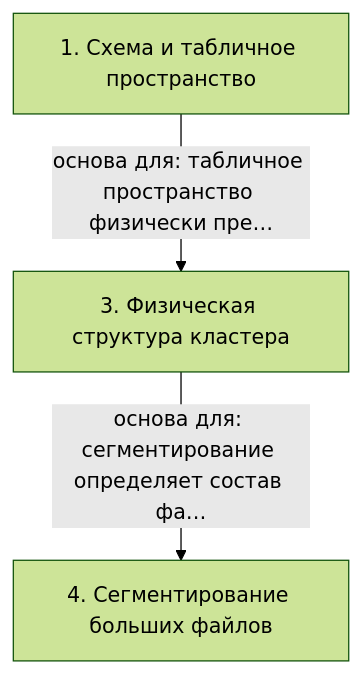
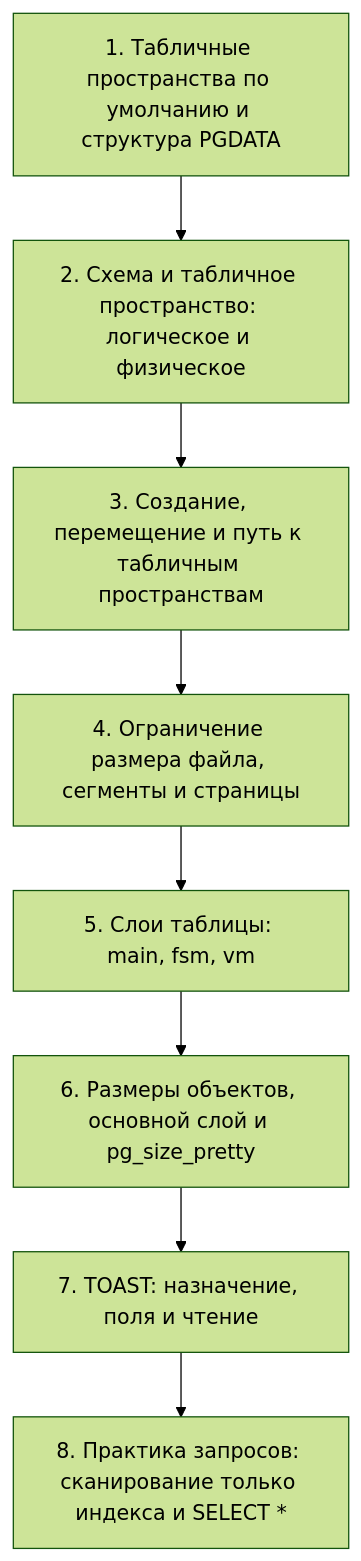
Before and after one commit to AsoloCode/notes: the diagram in postgres-dev1/07 - DEV1-16. 06. Физическая структура/notes.md, drawn with Mermaid (forest theme). The commit also changed other lines of this file and 503 other files, not shown here.

First line of the commit message:
Обновить конспекты PostgreSQL (QPT-16, DEV1-16): слайды, схемы, факт-чек

````diff
--- a/postgres-dev1/07 - DEV1-16. 06. Физическая структура/notes.md
+++ b/postgres-dev1/07 - DEV1-16. 06. Физическая структура/notes.md
@@ -107,8 +279,18 @@
 ```mermaid
 flowchart TD
-    n1["1. Схема и табличное пространство"]
-    n3["3. Физическая структура кластера"]
-    n4["4. Сегментирование больших файлов"]
-    n1 -->|основа для: табличное пространство физически пре…| n3
-    n3 -->|основа для: сегментирование определяет состав фа…| n4
+    n1["1. Табличные пространства по умолчанию и структура PGDATA"]
+    n2["2. Схема и табличное пространство: логическое и физическое"]
+    n3["3. Создание, перемещение и путь к табличным пространствам"]
+    n4["4. Ограничение размера файла, сегменты и страницы"]
+    n5["5. Слои таблицы: main, fsm, vm"]
+    n6["6. Размеры объектов, основной слой и pg_size_pretty"]
+    n7["7. TOAST: назначение, поля и чтение"]
+    n8["8. Практика запросов: сканирование только индекса и SELECT *"]
+    n1 --> n2
+    n2 --> n3
+    n3 --> n4
+    n4 --> n5
+    n5 --> n6
+    n6 --> n7
+    n7 --> n8
 ```
````
